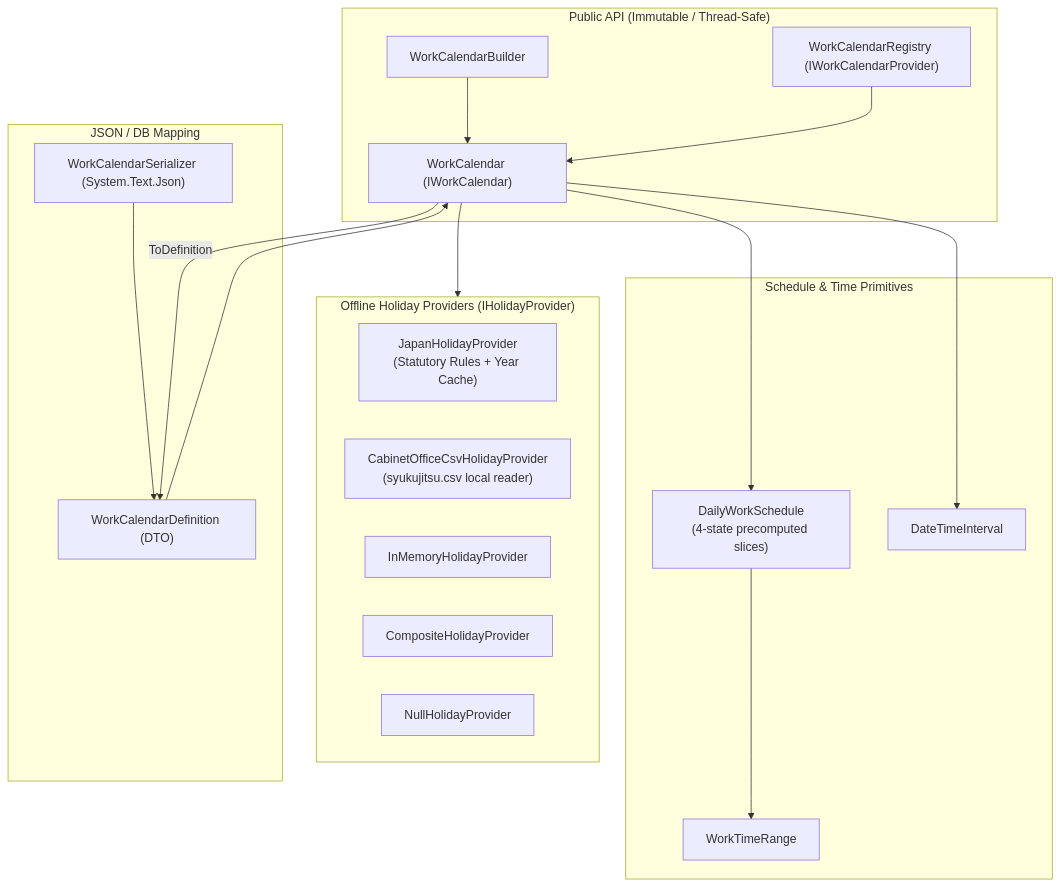
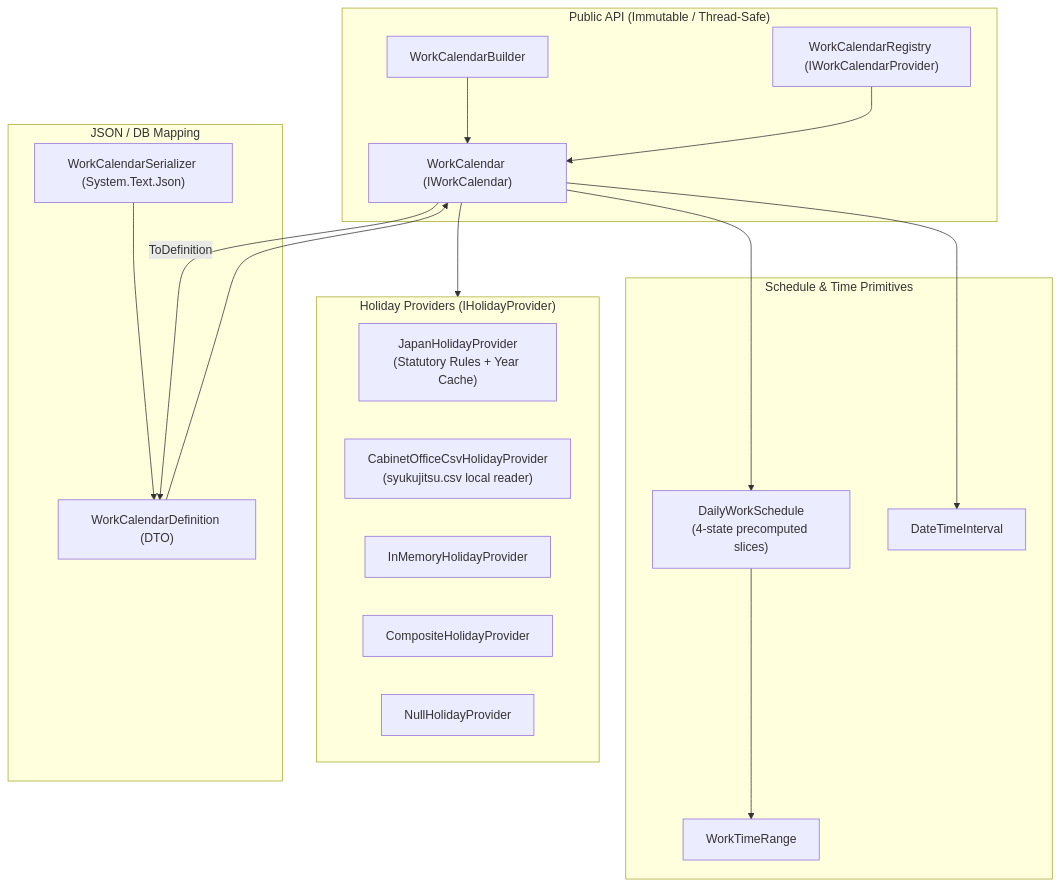
The second of 2 diagrams in docs/implementation-plan.md (nagasato/WorkTimeCalc), drawn with Mermaid before and after one commit. The commit also changed other lines of this file and 62 other files, not shown here.

````diff
--- a/docs/implementation-plan.md
+++ b/docs/implementation-plan.md
@@ -67,37 +67,37 @@
 ```mermaid
 flowchart TD
     subgraph PublicAPI["Public API (Immutable / Thread-Safe)"]
         WC["WorkCalendar (IWorkCalendar)"]
         WCB["WorkCalendarBuilder"]
         WCR["WorkCalendarRegistry (IWorkCalendarProvider)"]
     end
 
     subgraph Schedule["Schedule & Time Primitives"]
         DWS["DailyWorkSchedule\n(4-state precomputed slices)"]
         WTR["WorkTimeRange"]
         DTI["DateTimeInterval"]
     end
 
-    subgraph Holidays["Offline Holiday Providers (IHolidayProvider)"]
+    subgraph Holidays["Holiday Providers (IHolidayProvider)"]
         JHP["JapanHolidayProvider\n(Statutory Rules + Year Cache)"]
         CSV["CabinetOfficeCsvHolidayProvider\n(syukujitsu.csv local reader)"]
         MEM["InMemoryHolidayProvider"]
         CMP["CompositeHolidayProvider"]
         NUL["NullHolidayProvider"]
     end
 
     subgraph Serialization["JSON / DB Mapping"]
         DEF["WorkCalendarDefinition (DTO)"]
         SER["WorkCalendarSerializer (System.Text.Json)"]
     end
 
     WCB --> WC
     WC --> DWS
     WC --> Holidays
     DWS --> WTR
     WC --> DTI
     WCR --> WC
     SER --> DEF
     DEF --> WC
     WC -->|ToDefinition| DEF
 ```
````
